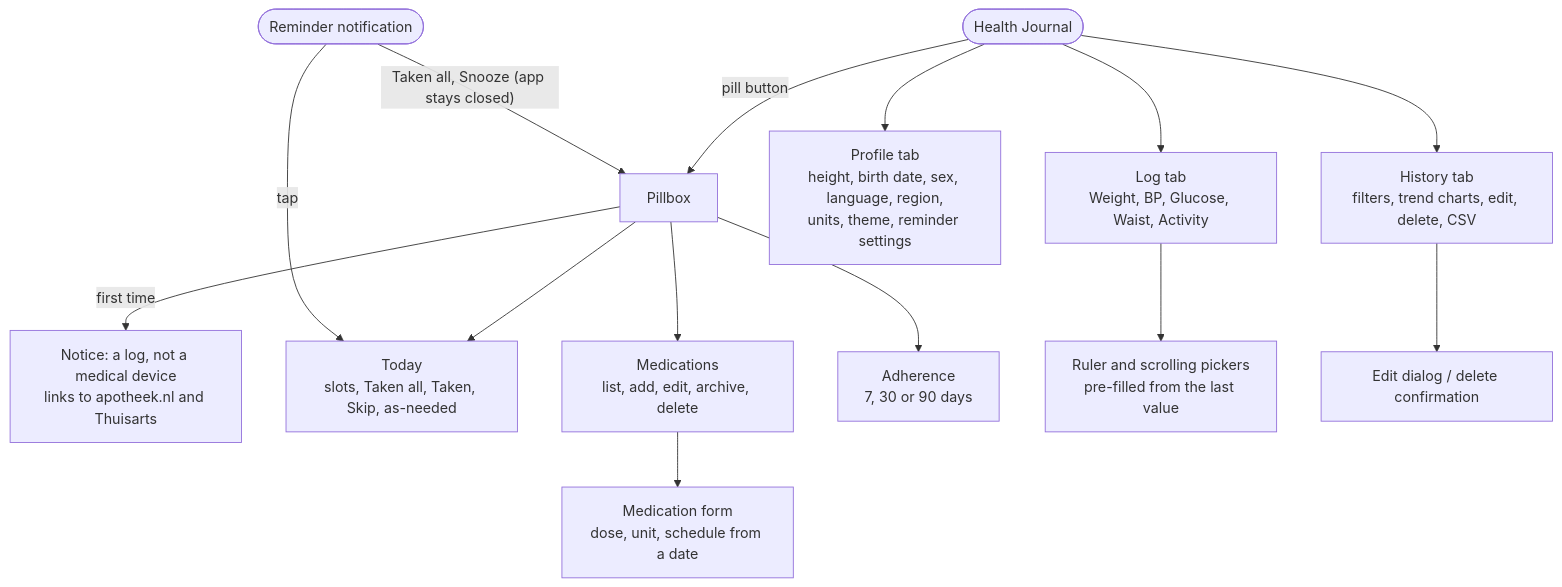
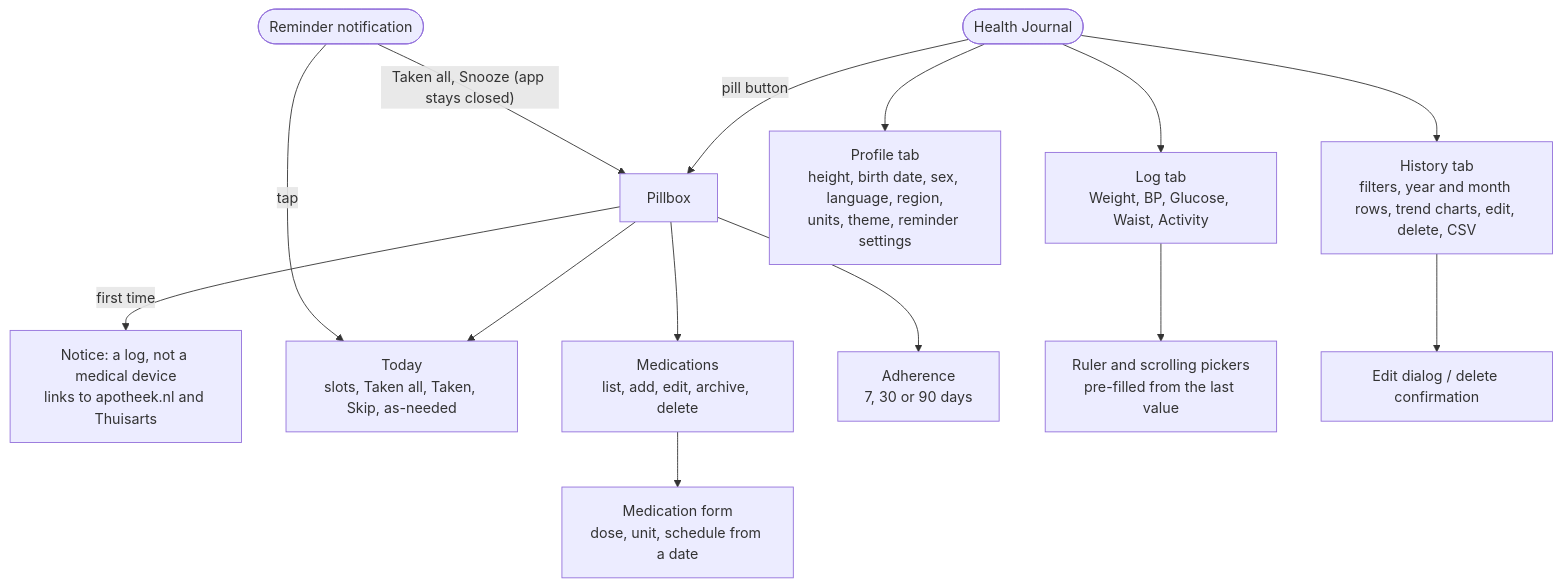
The first of 3 diagrams in docs/dev/design.md (mannetje/health_journal), drawn with Mermaid before and after one commit. The commit also changed other lines of this file and 10 other files, not shown here.

Commit message:
feat(app): year and month navigation in History

````diff
--- a/docs/dev/design.md
+++ b/docs/dev/design.md
@@ -32,16 +32,16 @@
 ```mermaid
 flowchart TD
     APP(["Health Journal"]) --> LOG["Log tab<br/>Weight, BP, Glucose, Waist, Activity"]
-    APP --> HIST["History tab<br/>filters, trend charts, edit, delete, CSV"]
+    APP --> HIST["History tab<br/>filters, year and month rows, trend charts, edit, delete, CSV"]
     APP --> PROF["Profile tab<br/>height, birth date, sex, language, region,<br/>units, theme, reminder settings"]
     APP -->|"pill button"| PILL["Pillbox"]
     PILL -->|"first time"| NOTICE["Notice: a log, not a medical device<br/>links to apotheek.nl and Thuisarts"]
     PILL --> TODAY["Today<br/>slots, Taken all, Taken, Skip, as-needed"]
     PILL --> MEDS["Medications<br/>list, add, edit, archive, delete"]
     PILL --> ADH["Adherence<br/>7, 30 or 90 days"]
     MEDS --> EDIT["Medication form<br/>dose, unit, schedule from a date"]
     LOG --> PICK["Ruler and scrolling pickers<br/>pre-filled from the last value"]
     HIST --> DLG["Edit dialog / delete confirmation"]
     NOTIF(["Reminder notification"]) -->|"tap"| TODAY
     NOTIF -->|"Taken all, Snooze (app stays closed)"| PILL
 ```
````
